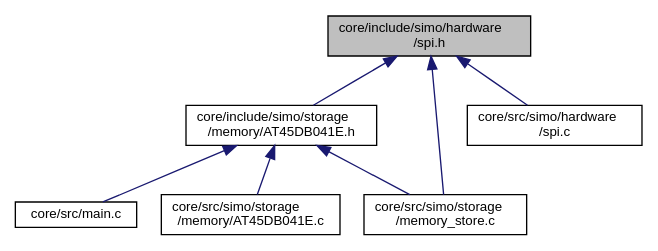
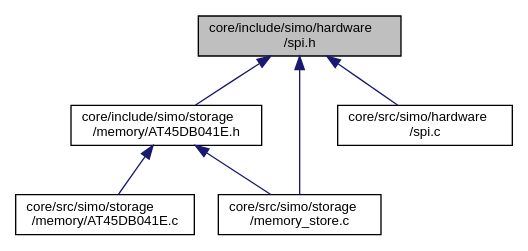
The diagram in docs/spi_8h__dep__incl.dot (Germanvelardez2018/simo.v2), drawn with Graphviz before and after one commit. The commit also changed 54 other files, not shown here.

```diff
--- a/docs/spi_8h__dep__incl.dot
+++ b/docs/spi_8h__dep__incl.dot
@@ -1,18 +1,16 @@
 digraph "core/include/simo/hardware/spi.h"
 {
  // LATEX_PDF_SIZE
   edge [fontname="Helvetica",fontsize="10",labelfontname="Helvetica",labelfontsize="10"];
   node [fontname="Helvetica",fontsize="10",shape=record];
-  Node1 [label="core/include/simo/hardware\l/spi.h",height=0.2,width=0.4,color="black", fillcolor="grey75", style="filled", fontcolor="black",tooltip=" "];
+  Node1 [label="core/include/simo/hardware\l/spi.h",height=0.2,width=0.4,color="black", fillcolor="grey75", style="filled", fontcolor="black",tooltip="Header de capa para manejo del hardware SPI (NIVEL 0)"];
   Node1 -> Node2 [dir="back",color="midnightblue",fontsize="10",style="solid",fontname="Helvetica"];
   Node2 [label="core/include/simo/storage\l/memory/AT45DB041E.h",height=0.2,width=0.4,color="black", fillcolor="white", style="filled",URL="$_a_t45_d_b041_e_8h.html",tooltip="Driver para manejar la memoria flash AT45DB041E. No usar de manera directa en aplicacion."];
   Node2 -> Node3 [dir="back",color="midnightblue",fontsize="10",style="solid",fontname="Helvetica"];
-  Node3 [label="core/src/main.c",height=0.2,width=0.4,color="black", fillcolor="white", style="filled",URL="$main_8c.html",tooltip=" "];
+  Node3 [label="core/src/simo/storage\l/memory/AT45DB041E.c",height=0.2,width=0.4,color="black", fillcolor="white", style="filled",URL="$_a_t45_d_b041_e_8c.html",tooltip="Driver para el manejo basico de memoria AT45DB041E. No utilizar de manera directa...."];
   Node2 -> Node4 [dir="back",color="midnightblue",fontsize="10",style="solid",fontname="Helvetica"];
-  Node4 [label="core/src/simo/storage\l/memory/AT45DB041E.c",height=0.2,width=0.4,color="black", fillcolor="white", style="filled",URL="$_a_t45_d_b041_e_8c.html",tooltip=" "];
-  Node2 -> Node5 [dir="back",color="midnightblue",fontsize="10",style="solid",fontname="Helvetica"];
-  Node5 [label="core/src/simo/storage\l/memory_store.c",height=0.2,width=0.4,color="black", fillcolor="white", style="filled",URL="$memory__store_8c.html",tooltip=" "];
-  Node1 -> Node6 [dir="back",color="midnightblue",fontsize="10",style="solid",fontname="Helvetica"];
-  Node6 [label="core/src/simo/hardware\l/spi.c",height=0.2,width=0.4,color="black", fillcolor="white", style="filled",URL="$spi_8c.html",tooltip=" "];
+  Node4 [label="core/src/simo/storage\l/memory_store.c",height=0.2,width=0.4,color="black", fillcolor="white", style="filled",URL="$memory__store_8c.html",tooltip="Implementacion de driver para el manejor del almacenamiento externo (NIVEL 1).Depende de SIMO SPI."];
   Node1 -> Node5 [dir="back",color="midnightblue",fontsize="10",style="solid",fontname="Helvetica"];
+  Node5 [label="core/src/simo/hardware\l/spi.c",height=0.2,width=0.4,color="black", fillcolor="white", style="filled",URL="$spi_8c.html",tooltip="Implementacion de capa para manejor del hardware SPI (NIVEL 0)"];
+  Node1 -> Node4 [dir="back",color="midnightblue",fontsize="10",style="solid",fontname="Helvetica"];
 }
```
